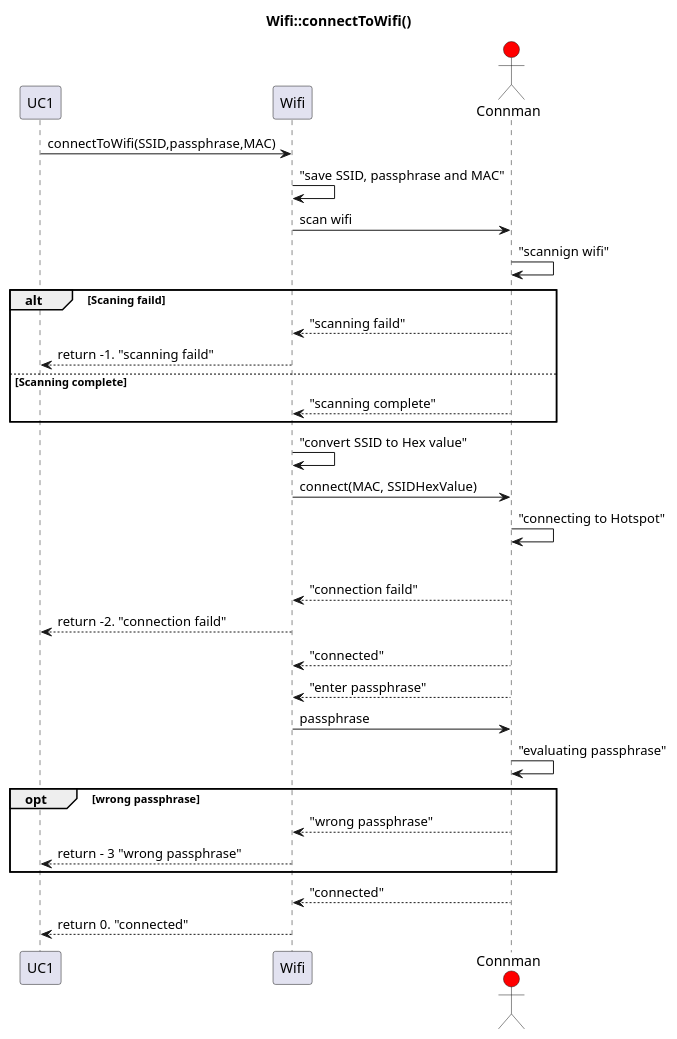
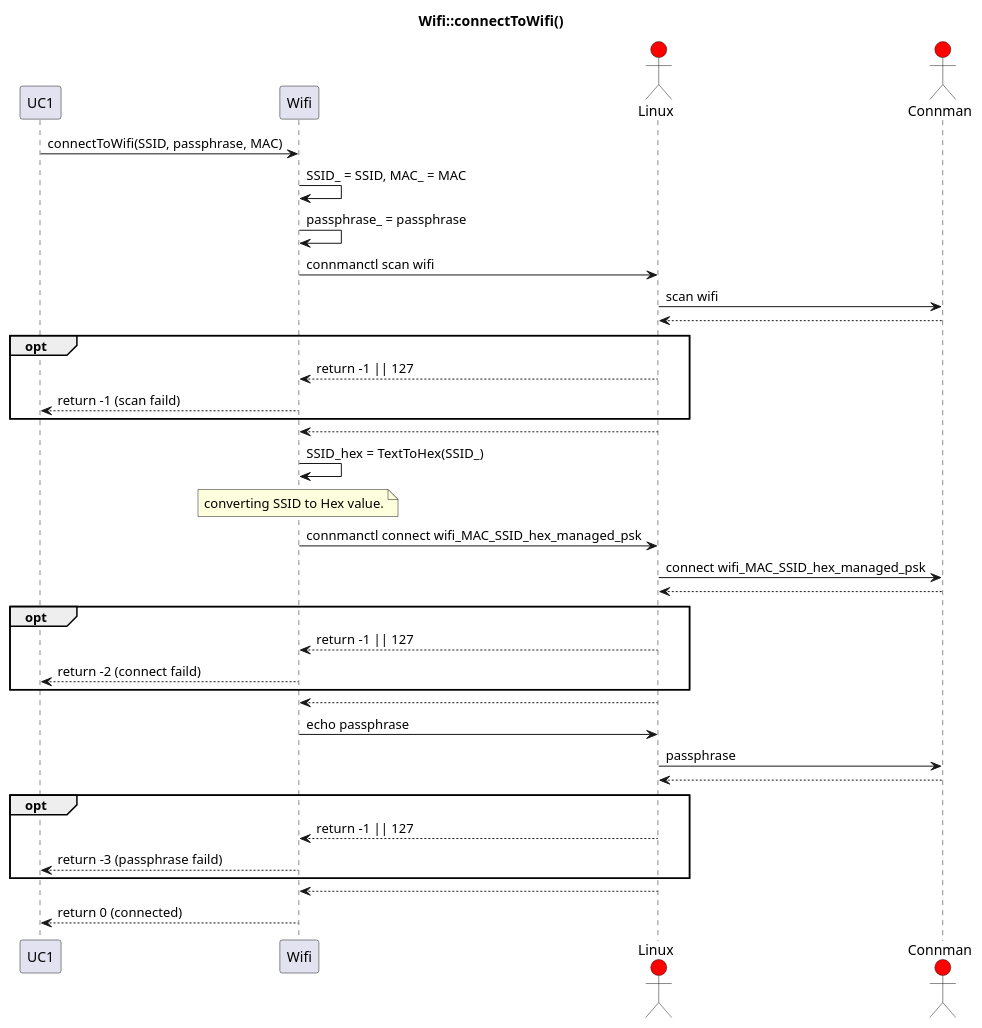
The diagram in Diagrammer/Robo_Sumo_Battle/Communication/Sekvensdiagrammer/Wifi/Wifi_connectToWifi.plantuml (Solvgraa-mager/E3PRJ3), drawn with PlantUML before and after one commit. The commit also changed 7 other files, not shown here.

Commit message:
TCP, Wifi sekvensdiagrammer update

```diff
--- a/Diagrammer/Robo_Sumo_Battle/Communication/Sekvensdiagrammer/Wifi/Wifi_connectToWifi.plantuml
+++ b/Diagrammer/Robo_Sumo_Battle/Communication/Sekvensdiagrammer/Wifi/Wifi_connectToWifi.plantuml
@@ -1,41 +1,44 @@
 @startuml
 title Wifi::connectToWifi()
 participant UC1
 participant Wifi
+actor Linux #red
 actor Connman #red
 
-UC1 -> Wifi : connectToWifi(SSID,passphrase,MAC)
-Wifi -> Wifi : "save SSID, passphrase and MAC"
-Wifi -> Connman : scan wifi
-Connman -> Connman : "scannign wifi"
-alt Scaning faild
-    Connman --> Wifi : "scanning faild"
-    Wifi --> UC1 : return -1. "scanning faild"
-else Scanning complete
-    Connman --> Wifi : "scanning complete"
-end
-    
+UC1 -> Wifi : connectToWifi(SSID, passphrase, MAC)
 
+Wifi -> Wifi : SSID_ = SSID, MAC_ = MAC
+Wifi -> Wifi : passphrase_ = passphrase
+Wifi -> Linux : connmanctl scan wifi
 
-Wifi -> Wifi : "convert SSID to Hex value"
-Wifi -> Connman : connect(MAC, SSIDHexValue)
-Connman -> Connman : "connecting to Hotspot"
-alt connection faild
-    Connman --> Wifi : "connection faild"
-    Wifi --> UC1 : return -2. "connection faild"
-else
-    Connman --> Wifi : "connected"
+Linux -> Connman : scan wifi
+Linux <-- Connman 
+opt 
+    Wifi <-- Linux : return -1 || 127
+    UC1 <-- Wifi : return -1 (scan faild)
+end 
+Wifi <-- Linux
 
-    
-     
-Connman --> Wifi : "enter passphrase"
-Wifi -> Connman : passphrase
-Connman -> Connman : "evaluating passphrase"
-opt wrong passphrase
-    Connman --> Wifi : "wrong passphrase"
-    Wifi --> UC1 : return - 3 "wrong passphrase"
-end
-Connman --> Wifi : "connected"
-Wifi --> UC1 : return 0. "connected"
+Wifi -> Wifi : SSID_hex = TextToHex(SSID_) 
+note over Wifi : converting SSID to Hex value.
+
+Wifi -> Linux : connmanctl connect wifi_MAC_SSID_hex_managed_psk
+Linux -> Connman : connect wifi_MAC_SSID_hex_managed_psk
+Linux <-- Connman 
+opt 
+    Wifi <-- Linux : return -1 || 127 
+    UC1 <-- Wifi : return -2 (connect faild)
+end 
+Wifi <-- Linux
+
+Wifi -> Linux :  echo passphrase
+Linux -> Connman : passphrase
+Linux <-- Connman 
+opt 
+    Wifi <-- Linux : return -1 || 127 
+    UC1 <-- Wifi : return -3 (passphrase faild)
+end 
+Wifi <-- Linux
+UC1 <-- Wifi : return 0 (connected)
 
 @enduml
```
